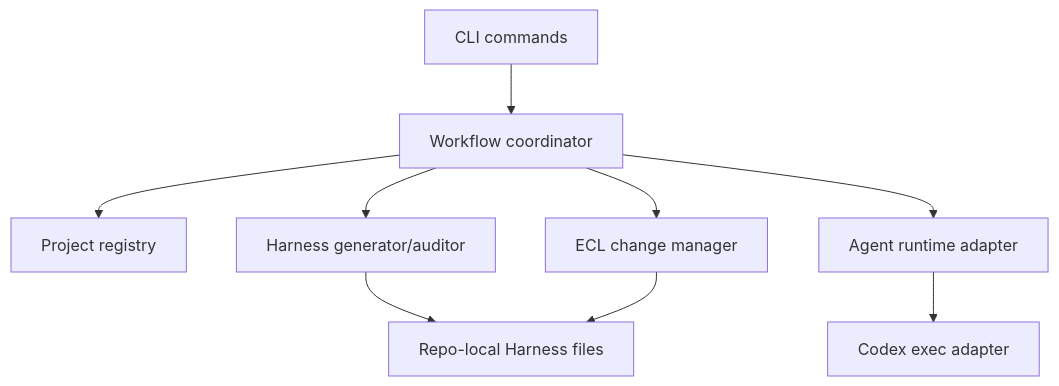
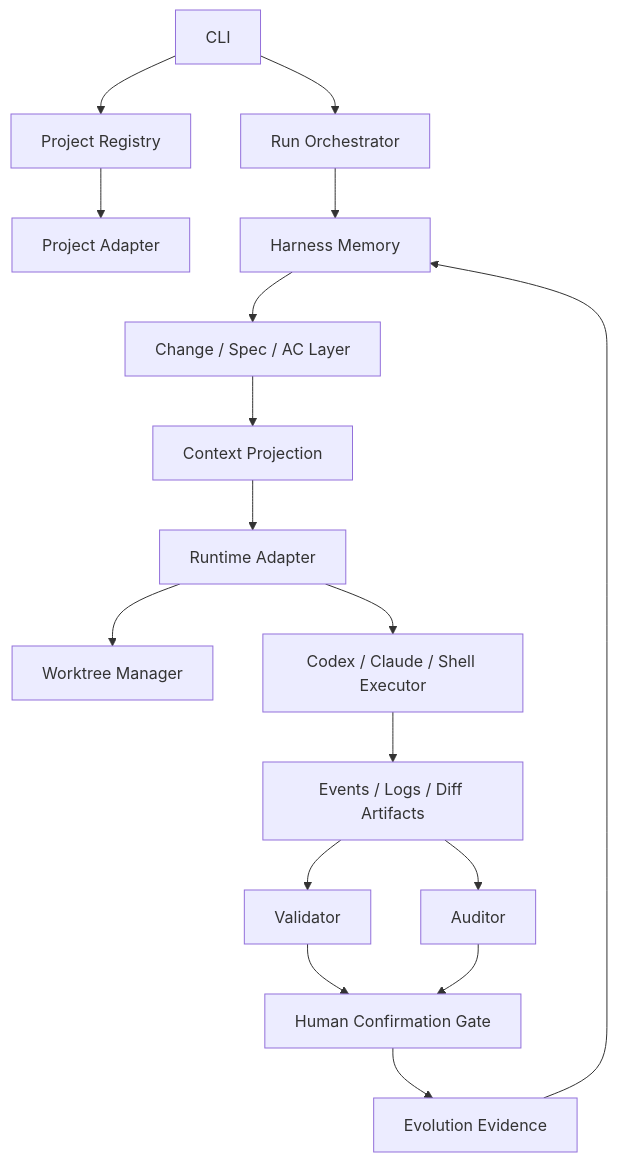
The diagram in docs/ARCHITECTURE.md (qinghui316/agent-harness-orchestrator), drawn with Mermaid before and after one commit. The commit also changed other lines of this file and 2 other files, not shown here.

Commit message:
document spec-anchored architecture boundaries

````diff
--- a/docs/ARCHITECTURE.md
+++ b/docs/ARCHITECTURE.md
@@ -22,11 +45,19 @@
 ```mermaid
 graph TD
-    CLI["CLI commands"] --> Workflow["Workflow coordinator"]
-    Workflow --> Registry["Project registry"]
-    Workflow --> Harness["Harness generator/auditor"]
-    Workflow --> ECL["ECL change manager"]
-    Workflow --> Runtime["Agent runtime adapter"]
-    Runtime --> Codex["Codex exec adapter"]
-    Harness --> Files["Repo-local Harness files"]
-    ECL --> Files
+    CLI["CLI"] --> Registry["Project Registry"]
+    CLI --> Orchestrator["Run Orchestrator"]
+    Registry --> Project["Project Adapter"]
+    Orchestrator --> Memory["Harness Memory"]
+    Memory --> Change["Change / Spec / AC Layer"]
+    Change --> Context["Context Projection"]
+    Context --> Runtime["Runtime Adapter"]
+    Runtime --> Worktree["Worktree Manager"]
+    Runtime --> Executor["Codex / Claude / Shell Executor"]
+    Executor --> Artifacts["Events / Logs / Diff Artifacts"]
+    Artifacts --> Validator["Validator"]
+    Artifacts --> Auditor["Auditor"]
+    Validator --> Gate["Human Confirmation Gate"]
+    Auditor --> Gate
+    Gate --> Evolution["Evolution Evidence"]
+    Evolution --> Memory
 ```
````
